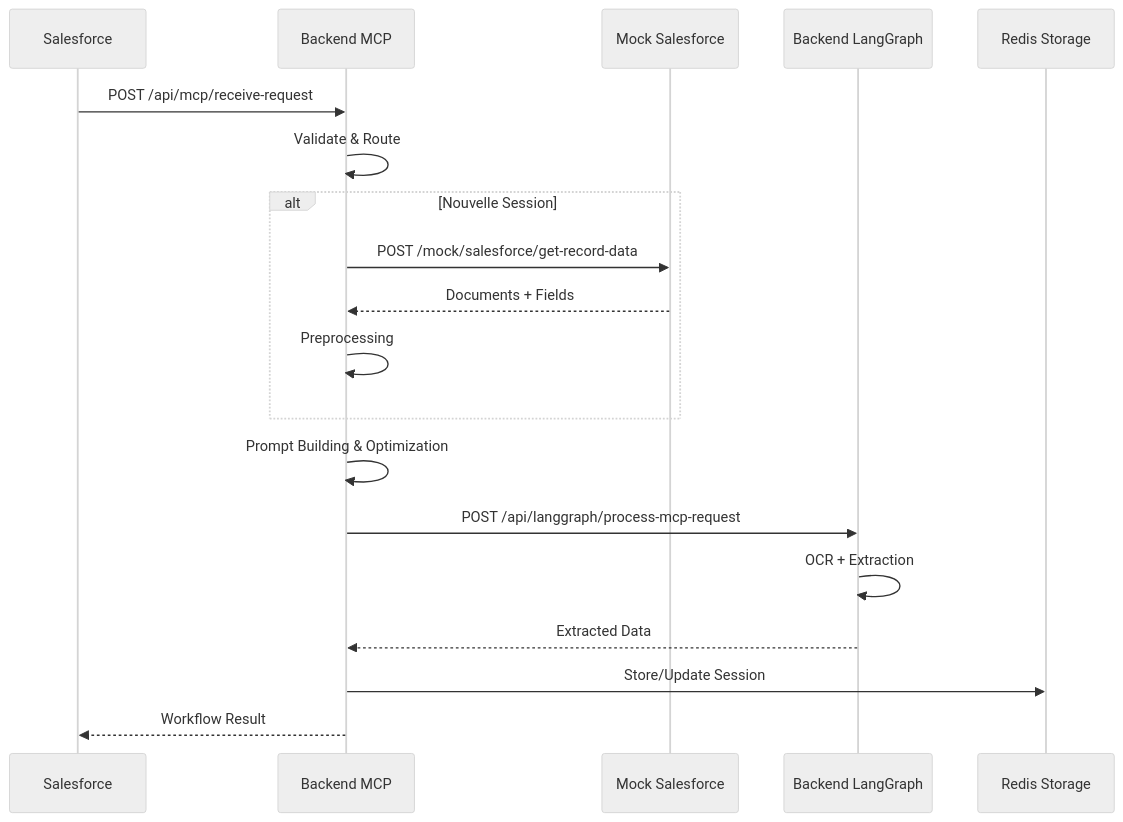
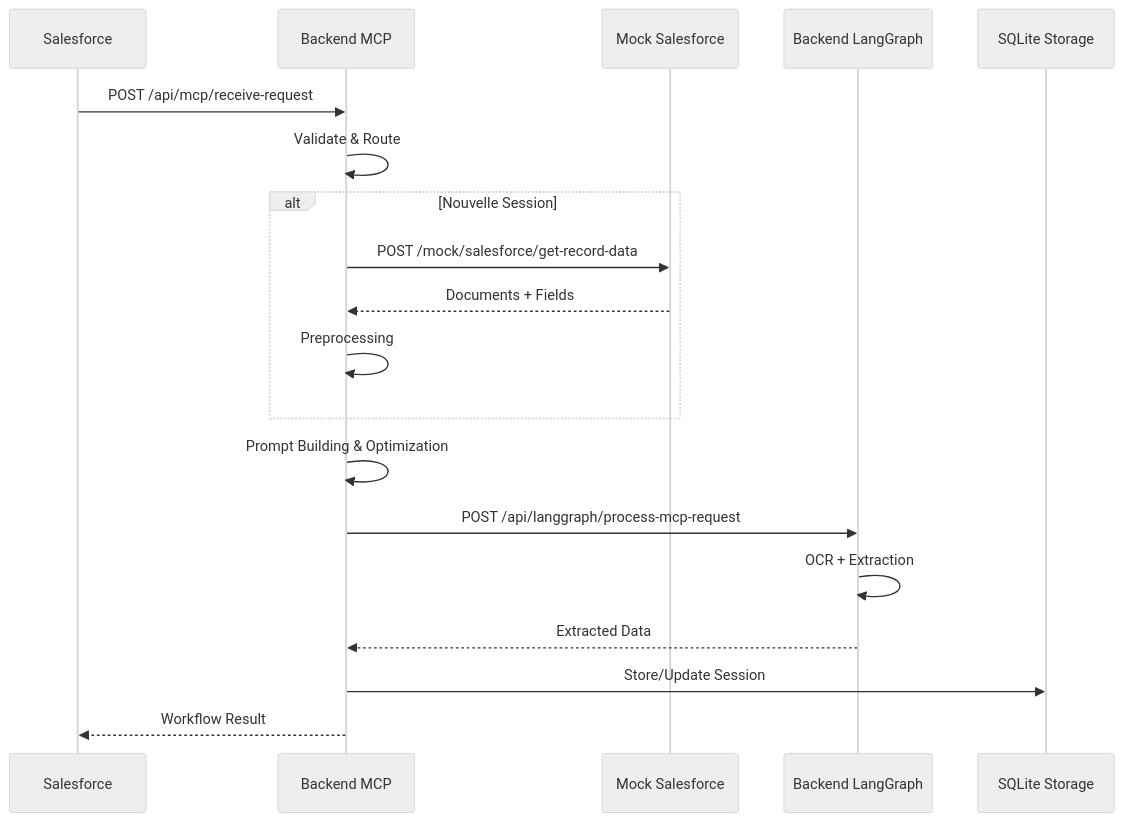
The diagram in docs/API_REFERENCE.md (Yasser1AITLAZIZ/sfd-clm), drawn with Mermaid (neutral theme) before and after one commit. The commit also changed other lines of this file and 40 other files, not shown here.

````diff
--- a/docs/API_REFERENCE.md
+++ b/docs/API_REFERENCE.md
@@ -26,22 +26,22 @@
 ```mermaid
 sequenceDiagram
     participant SF as Salesforce
     participant MCP as Backend MCP
     participant MSF as Mock Salesforce
     participant LG as Backend LangGraph
-    participant Redis as Redis Storage
+    participant SQLITE as SQLite Storage
     
     SF->>MCP: POST /api/mcp/receive-request
     MCP->>MCP: Validate & Route
     alt Nouvelle Session
         MCP->>MSF: POST /mock/salesforce/get-record-data
         MSF-->>MCP: Documents + Fields
         MCP->>MCP: Preprocessing
     end
     MCP->>MCP: Prompt Building & Optimization
     MCP->>LG: POST /api/langgraph/process-mcp-request
     LG->>LG: OCR + Extraction
     LG-->>MCP: Extracted Data
-    MCP->>Redis: Store/Update Session
+    MCP->>SQLITE: Store/Update Session
     MCP-->>SF: Workflow Result
 ```
````
